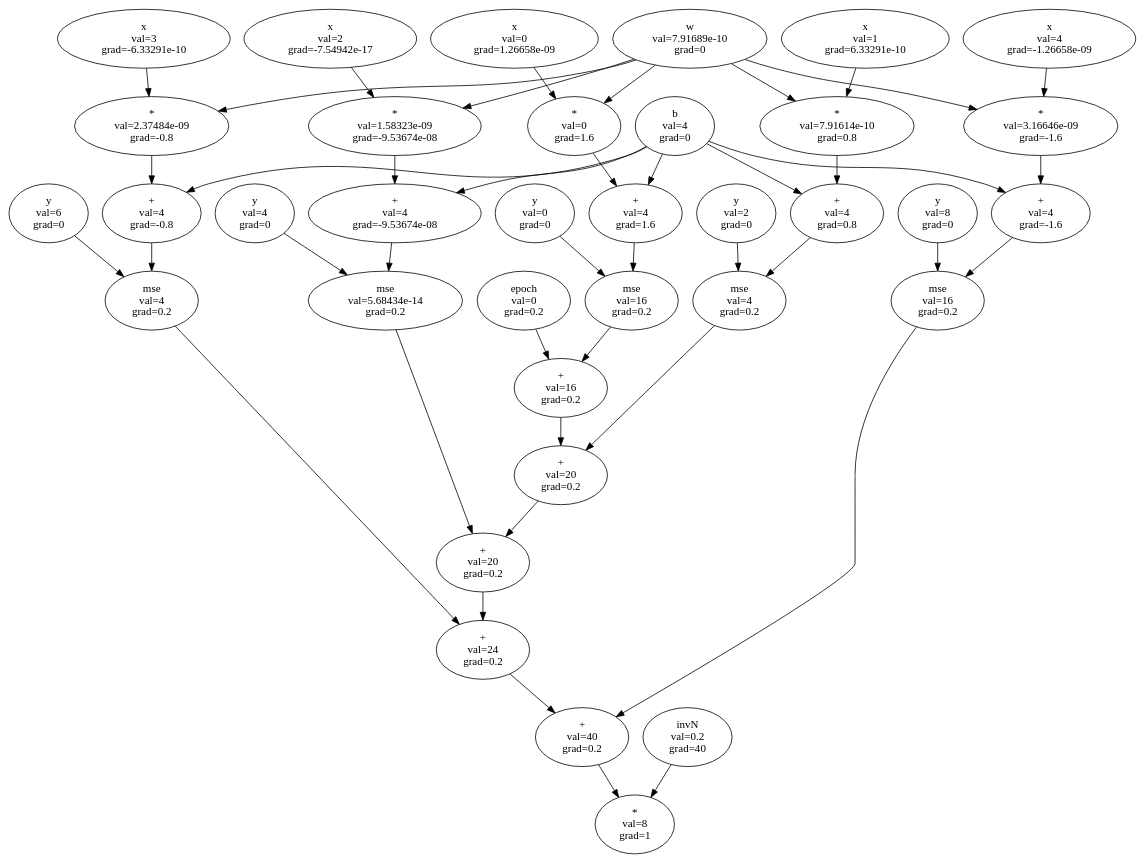
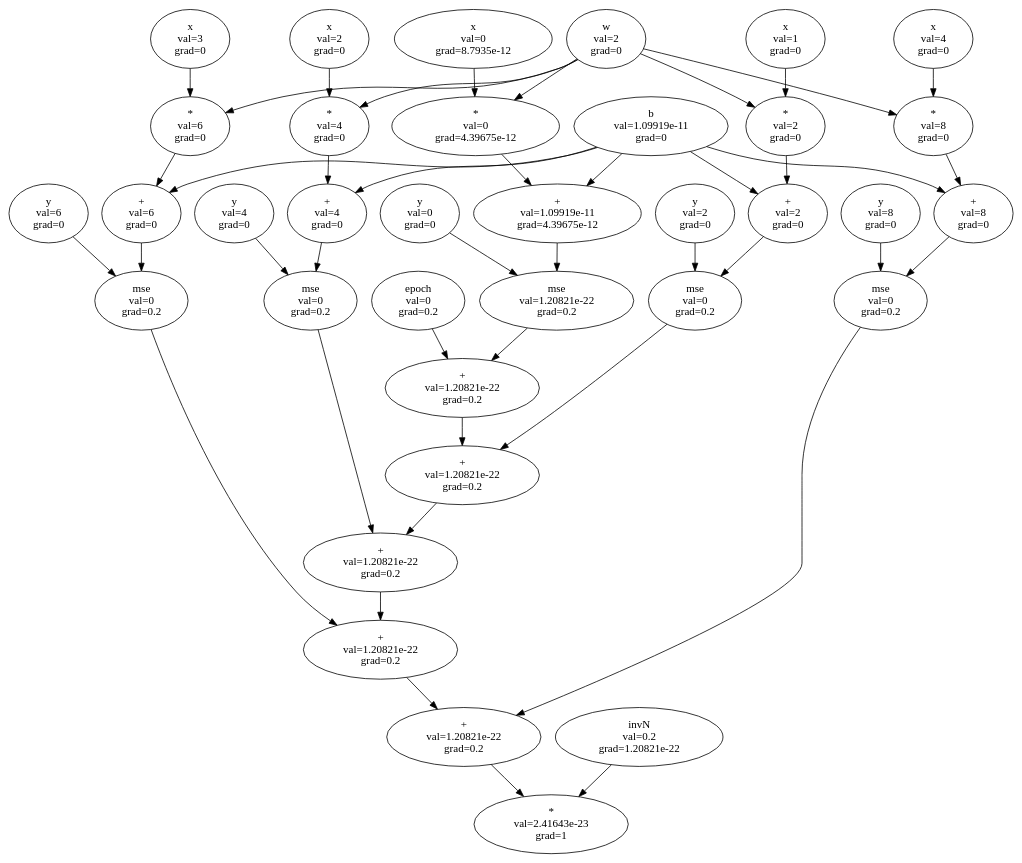
One commit to nindob/gradium changed the diagram in viz/graph.dot. Above: the diagram before and after it, drawn with Graphviz. The commit also changed 5 other files, not shown here.

```diff
--- a/viz/graph.dot
+++ b/viz/graph.dot
@@ -1,79 +1,79 @@
 digraph ComputationalGraph {
   node329969 [label="epoch\nval=0\ngrad=0.2"];
   node329971 [label="y\nval=0\ngrad=0"];
-  node0 [label="w\nval=7.91689e-10\ngrad=0"];
-  node329970 [label="x\nval=0\ngrad=1.26658e-09"];
-  node329972 [label="*\nval=0\ngrad=1.6"];
+  node0 [label="w\nval=2\ngrad=0"];
+  node329970 [label="x\nval=0\ngrad=8.7935e-12"];
+  node329972 [label="*\nval=0\ngrad=4.39675e-12"];
   node0 -> node329972;
   node329970 -> node329972;
-  node1 [label="b\nval=4\ngrad=0"];
-  node329973 [label="+\nval=4\ngrad=1.6"];
+  node1 [label="b\nval=1.09919e-11\ngrad=0"];
+  node329973 [label="+\nval=1.09919e-11\ngrad=4.39675e-12"];
   node329972 -> node329973;
   node1 -> node329973;
-  node329974 [label="mse\nval=16\ngrad=0.2"];
+  node329974 [label="mse\nval=1.20821e-22\ngrad=0.2"];
   node329971 -> node329974;
   node329973 -> node329974;
-  node329975 [label="+\nval=16\ngrad=0.2"];
+  node329975 [label="+\nval=1.20821e-22\ngrad=0.2"];
   node329969 -> node329975;
   node329974 -> node329975;
   node329977 [label="y\nval=2\ngrad=0"];
-  node329976 [label="x\nval=1\ngrad=6.33291e-10"];
-  node329978 [label="*\nval=7.91614e-10\ngrad=0.8"];
+  node329976 [label="x\nval=1\ngrad=0"];
+  node329978 [label="*\nval=2\ngrad=0"];
   node0 -> node329978;
   node329976 -> node329978;
-  node329979 [label="+\nval=4\ngrad=0.8"];
+  node329979 [label="+\nval=2\ngrad=0"];
   node329978 -> node329979;
   node1 -> node329979;
-  node329980 [label="mse\nval=4\ngrad=0.2"];
+  node329980 [label="mse\nval=0\ngrad=0.2"];
   node329977 -> node329980;
   node329979 -> node329980;
-  node329981 [label="+\nval=20\ngrad=0.2"];
+  node329981 [label="+\nval=1.20821e-22\ngrad=0.2"];
   node329975 -> node329981;
   node329980 -> node329981;
   node329983 [label="y\nval=4\ngrad=0"];
-  node329982 [label="x\nval=2\ngrad=-7.54942e-17"];
-  node329984 [label="*\nval=1.58323e-09\ngrad=-9.53674e-08"];
+  node329982 [label="x\nval=2\ngrad=0"];
+  node329984 [label="*\nval=4\ngrad=0"];
   node0 -> node329984;
   node329982 -> node329984;
-  node329985 [label="+\nval=4\ngrad=-9.53674e-08"];
+  node329985 [label="+\nval=4\ngrad=0"];
   node329984 -> node329985;
   node1 -> node329985;
-  node329986 [label="mse\nval=5.68434e-14\ngrad=0.2"];
+  node329986 [label="mse\nval=0\ngrad=0.2"];
   node329983 -> node329986;
   node329985 -> node329986;
-  node329987 [label="+\nval=20\ngrad=0.2"];
+  node329987 [label="+\nval=1.20821e-22\ngrad=0.2"];
   node329981 -> node329987;
   node329986 -> node329987;
   node329989 [label="y\nval=6\ngrad=0"];
-  node329988 [label="x\nval=3\ngrad=-6.33291e-10"];
-  node329990 [label="*\nval=2.37484e-09\ngrad=-0.8"];
+  node329988 [label="x\nval=3\ngrad=0"];
+  node329990 [label="*\nval=6\ngrad=0"];
   node0 -> node329990;
   node329988 -> node329990;
-  node329991 [label="+\nval=4\ngrad=-0.8"];
+  node329991 [label="+\nval=6\ngrad=0"];
   node329990 -> node329991;
   node1 -> node329991;
-  node329992 [label="mse\nval=4\ngrad=0.2"];
+  node329992 [label="mse\nval=0\ngrad=0.2"];
   node329989 -> node329992;
   node329991 -> node329992;
-  node329993 [label="+\nval=24\ngrad=0.2"];
+  node329993 [label="+\nval=1.20821e-22\ngrad=0.2"];
   node329987 -> node329993;
   node329992 -> node329993;
   node329995 [label="y\nval=8\ngrad=0"];
-  node329994 [label="x\nval=4\ngrad=-1.26658e-09"];
-  node329996 [label="*\nval=3.16646e-09\ngrad=-1.6"];
+  node329994 [label="x\nval=4\ngrad=0"];
+  node329996 [label="*\nval=8\ngrad=0"];
   node0 -> node329996;
   node329994 -> node329996;
-  node329997 [label="+\nval=4\ngrad=-1.6"];
+  node329997 [label="+\nval=8\ngrad=0"];
   node329996 -> node329997;
   node1 -> node329997;
-  node329998 [label="mse\nval=16\ngrad=0.2"];
+  node329998 [label="mse\nval=0\ngrad=0.2"];
   node329995 -> node329998;
   node329997 -> node329998;
-  node329999 [label="+\nval=40\ngrad=0.2"];
+  node329999 [label="+\nval=1.20821e-22\ngrad=0.2"];
   node329993 -> node329999;
   node329998 -> node329999;
-  node330000 [label="invN\nval=0.2\ngrad=40"];
-  node330001 [label="*\nval=8\ngrad=1"];
+  node330000 [label="invN\nval=0.2\ngrad=1.20821e-22"];
+  node330001 [label="*\nval=2.41643e-23\ngrad=1"];
   node329999 -> node330001;
   node330000 -> node330001;
 }
```
